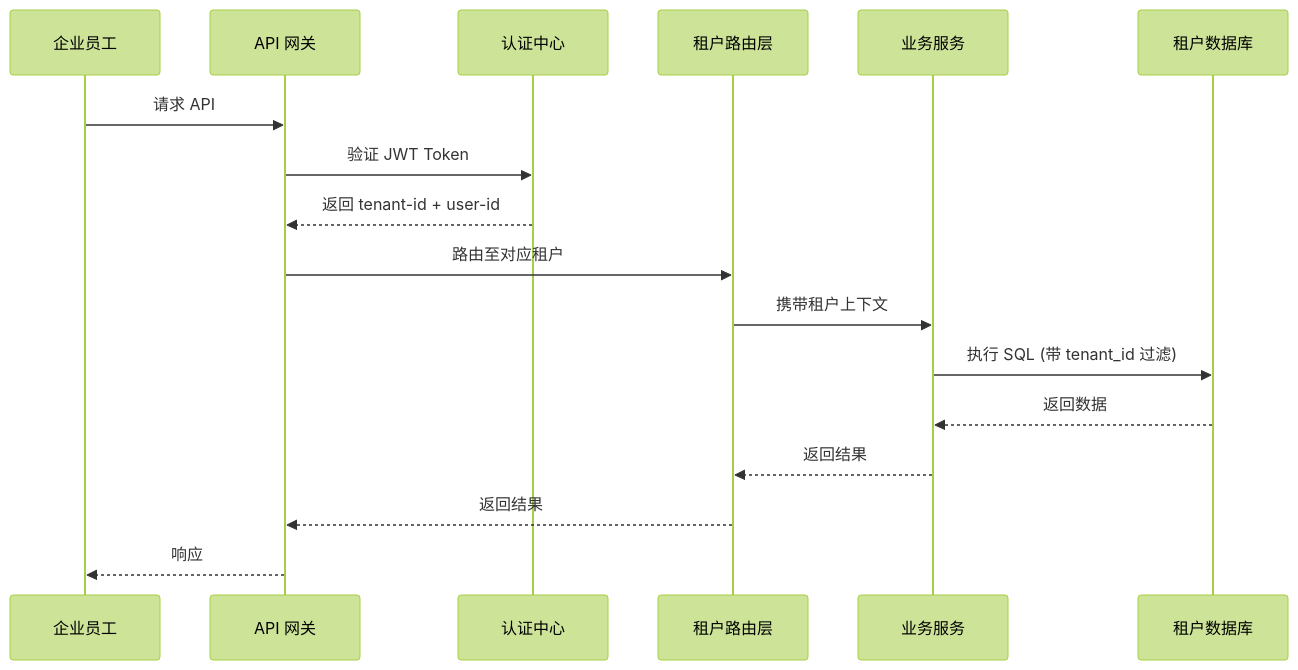
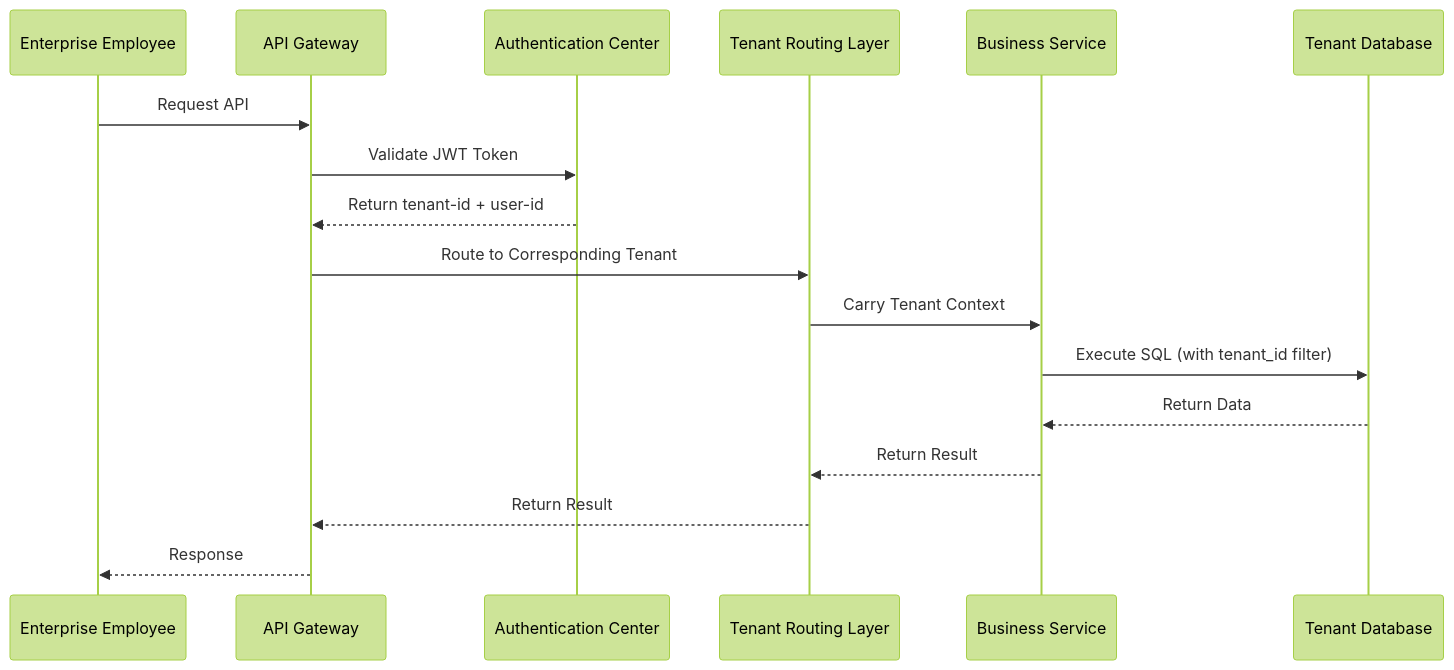
Before and after one commit to teaglebuilt/knowledge-tree: the fifth of 5 diagrams in tree/application/architecture/hrtech-saas.md, drawn with Mermaid (forest theme). The commit also changed other lines of this file and 4 other files, not shown here.

````diff
--- a/tree/application/architecture/hrtech-saas.md
+++ b/tree/application/architecture/hrtech-saas.md
@@ -434,20 +435,20 @@
 ```mermaid
 sequenceDiagram
-    participant USER as 企业员工
-    participant GW as API 网关
-    participant AUTH as 认证中心
-    participant TENANT as 租户路由层
-    participant APP as 业务服务
-    participant DB as 租户数据库
+    participant USER as Enterprise Employee
+    participant GW as API Gateway
+    participant AUTH as Authentication Center
+    participant TENANT as Tenant Routing Layer
+    participant APP as Business Service
+    participant DB as Tenant Database
 
-    USER->>GW: 请求 API
-    GW->>AUTH: 验证 JWT Token
-    AUTH-->>GW: 返回 tenant-id + user-id
-    GW->>TENANT: 路由至对应租户
-    TENANT->>APP: 携带租户上下文
-    APP->>DB: 执行 SQL (带 tenant_id 过滤)
-    DB-->>APP: 返回数据
-    APP-->>TENANT: 返回结果
-    TENANT-->>GW: 返回结果
-    GW-->>USER: 响应
+    USER->>GW: Request API
+    GW->>AUTH: Validate JWT Token
+    AUTH-->>GW: Return tenant-id + user-id
+    GW->>TENANT: Route to Corresponding Tenant
+    TENANT->>APP: Carry Tenant Context
+    APP->>DB: Execute SQL (with tenant_id filter)
+    DB-->>APP: Return Data
+    APP-->>TENANT: Return Result
+    TENANT-->>GW: Return Result
+    GW-->>USER: Response
 ```
````
